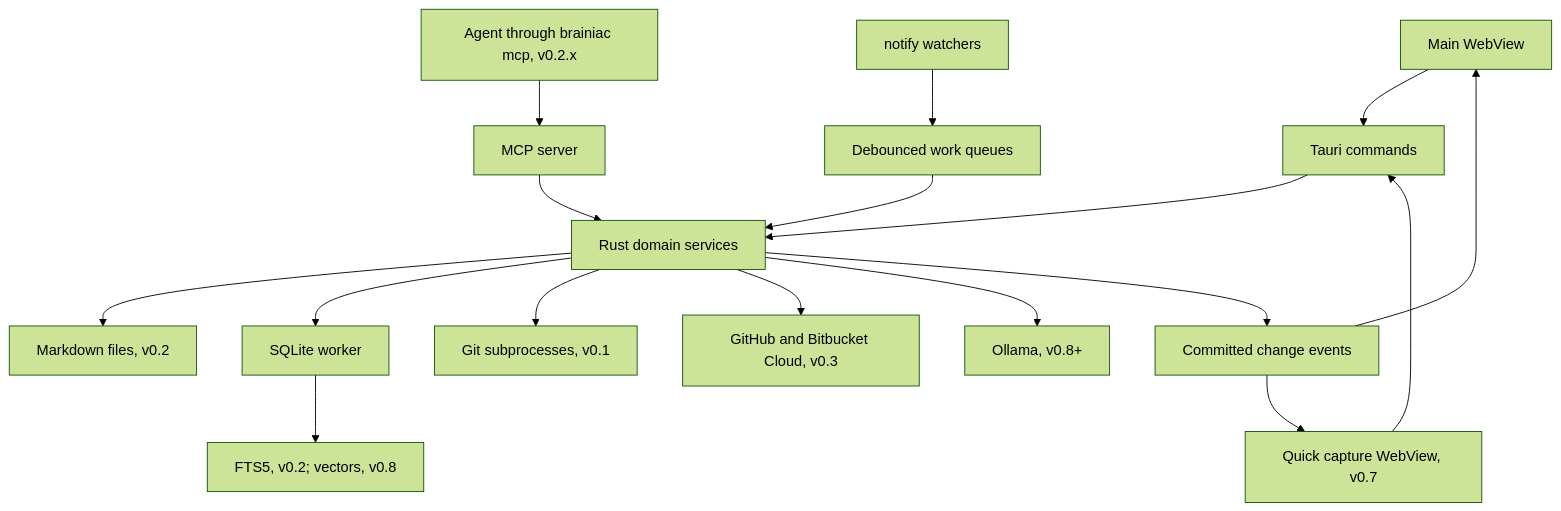
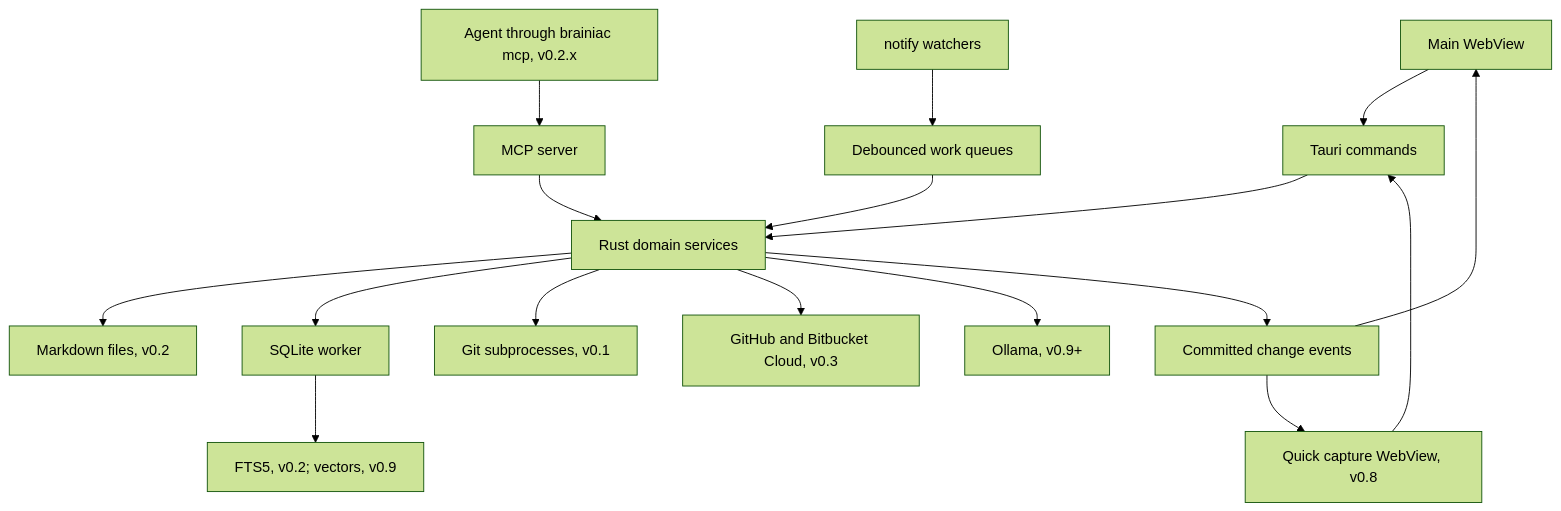
Before and after one commit to B87/brainiac: the first of 2 diagrams in docs/architecture.md, drawn with Mermaid (forest theme). The commit also changed other lines of this file and 7 other files, not shown here.

````diff
--- a/docs/architecture.md
+++ b/docs/architecture.md
@@ -40,19 +40,19 @@
 ```mermaid
 flowchart TD
     Main[Main WebView] --> IPC[Tauri commands]
     Agent[Agent through brainiac mcp, v0.2.x] --> MCP[MCP server]
     MCP --> Services
-    Capture[Quick capture WebView, v0.7] --> IPC
+    Capture[Quick capture WebView, v0.8] --> IPC
     IPC --> Services[Rust domain services]
     Services --> Files[Markdown files, v0.2]
     Services --> DB[SQLite worker]
     Watch[notify watchers] --> Queue[Debounced work queues]
     Queue --> Services
     Services --> Git[Git subprocesses, v0.1]
     Services --> Forges[GitHub and Bitbucket Cloud, v0.3]
-    Services --> AI[Ollama, v0.8+]
-    DB --> Search[FTS5, v0.2; vectors, v0.8]
+    Services --> AI[Ollama, v0.9+]
+    DB --> Search[FTS5, v0.2; vectors, v0.9]
     Services --> Events[Committed change events]
     Events --> Main
     Events --> Capture
 ```
````
